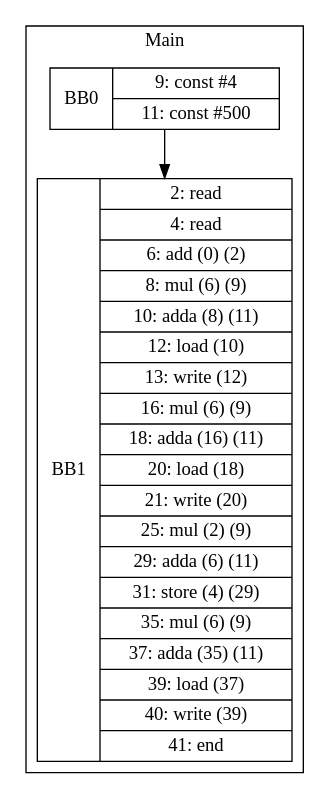
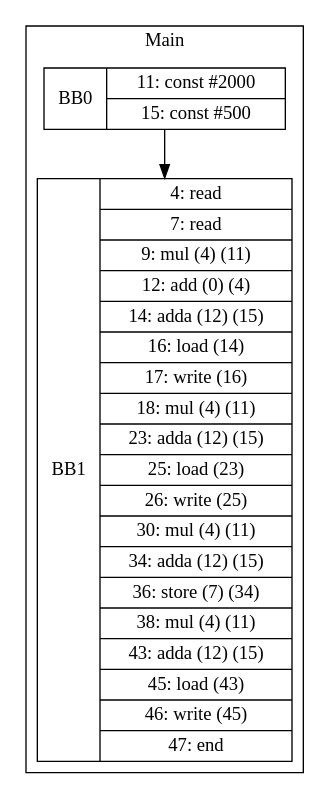
Before and after one commit to zjc664656505/UCI-CS241-Advanced-Compiler-main: the diagram in visualization/phillip/arrays/cse.gv, drawn with Graphviz. The commit also changed 90 other files, not shown here.

```diff
--- a/visualization/phillip/arrays/cse.gv
+++ b/visualization/phillip/arrays/cse.gv
@@ -1,9 +1,9 @@
 digraph G {
 node [shape=record];
 subgraph cluster_main{
 label = "Main";
-BB0 [shape=record, label="<b>BB0|{9: const #4|11: const #500}"];
-BB1 [shape=record, label="<b>BB1|{2: read|4: read|6: add (0) (2)|8: mul (6) (9)|10: adda (8) (11)|12: load (10)|13: write (12)|16: mul (6) (9)|18: adda (16) (11)|20: load (18)|21: write (20)|25: mul (2) (9)|29: adda (6) (11)|31: store (4) (29)|35: mul (6) (9)|37: adda (35) (11)|39: load (37)|40: write (39)|41: end}"];
+BB0 [shape=record, label="<b>BB0|{11: const #2000|15: const #500}"];
+BB1 [shape=record, label="<b>BB1|{4: read|7: read|9: mul (4) (11)|12: add (0) (4)|14: adda (12) (15)|16: load (14)|17: write (16)|18: mul (4) (11)|23: adda (12) (15)|25: load (23)|26: write (25)|30: mul (4) (11)|34: adda (12) (15)|36: store (7) (34)|38: mul (4) (11)|43: adda (12) (15)|45: load (43)|46: write (45)|47: end}"];
 }
 BB0:s -> BB1:n ;
 }
```
